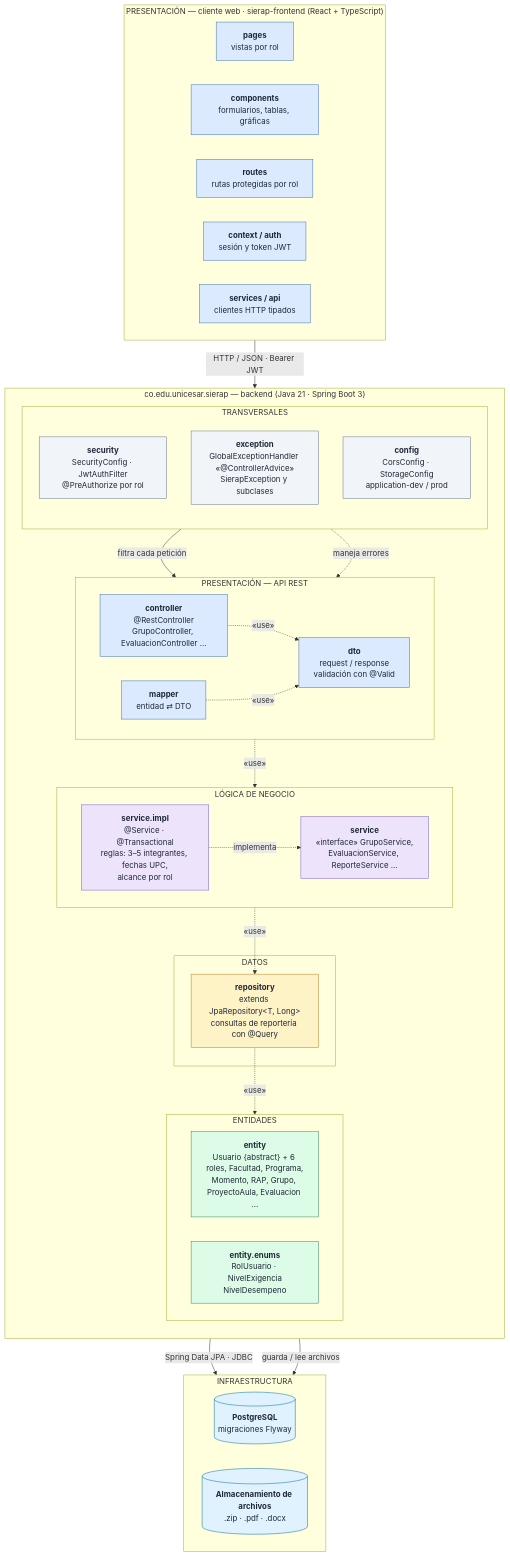
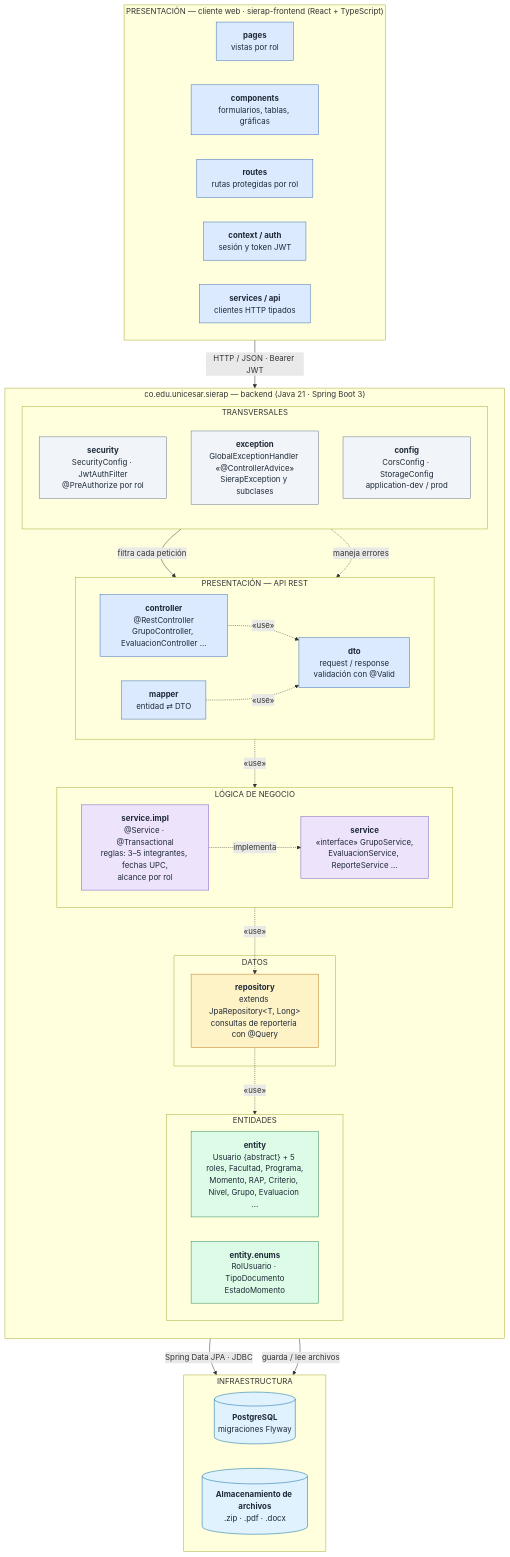
Before and after one commit to Oskarsito7/SIERAP: the diagram in docs/diagramas/diagrama_capas.md, drawn with Mermaid. The commit also changed 11 other files, not shown here.

````diff
--- a/docs/diagramas/diagrama_capas.md
+++ b/docs/diagramas/diagrama_capas.md
@@ -11,71 +11,71 @@
 ```mermaid
 flowchart TB
   subgraph FE["PRESENTACIÓN — cliente web · sierap-frontend (React + TypeScript)"]
     direction LR
     pages["<b>pages</b><br/>vistas por rol"]
     components["<b>components</b><br/>formularios, tablas, gráficas"]
     routes["<b>routes</b><br/>rutas protegidas por rol"]
     auth["<b>context / auth</b><br/>sesión y token JWT"]
     api["<b>services / api</b><br/>clientes HTTP tipados"]
   end
 
   subgraph BE["co.edu.unicesar.sierap — backend (Java 21 · Spring Boot 3)"]
     direction TB
     subgraph P["PRESENTACIÓN — API REST"]
       direction LR
       controller["<b>controller</b><br/>@RestController<br/>GrupoController, EvaluacionController …"]
       dto["<b>dto</b><br/>request / response<br/>validación con @Valid"]
       mapper["<b>mapper</b><br/>entidad ⇄ DTO"]
     end
     subgraph L["LÓGICA DE NEGOCIO"]
       direction LR
       service["<b>service</b><br/>«interface» GrupoService,<br/>EvaluacionService, ReporteService …"]
       impl["<b>service.impl</b><br/>@Service · @Transactional<br/>reglas: 3–5 integrantes, fechas UPC,<br/>alcance por rol"]
     end
     subgraph DA["DATOS"]
       repository["<b>repository</b><br/>extends JpaRepository&lt;T, Long&gt;<br/>consultas de reportería con @Query"]
     end
     subgraph EN["ENTIDADES"]
       direction LR
-      entity["<b>entity</b><br/>Usuario {abstract} + 6 roles, Facultad, Programa,<br/>Momento, RAP, Grupo, ProyectoAula, Evaluacion …"]
-      enums["<b>entity.enums</b><br/>RolUsuario · NivelExigencia<br/>NivelDesempeno"]
+      entity["<b>entity</b><br/>Usuario {abstract} + 5 roles, Facultad, Programa,<br/>Momento, RAP, Criterio, Nivel, Grupo, Evaluacion …"]
+      enums["<b>entity.enums</b><br/>RolUsuario · TipoDocumento<br/>EstadoMomento"]
     end
     subgraph T["TRANSVERSALES"]
       direction TB
       security["<b>security</b><br/>SecurityConfig · JwtAuthFilter<br/>@PreAuthorize por rol"]
       exception["<b>exception</b><br/>GlobalExceptionHandler «@ControllerAdvice»<br/>SierapException y subclases"]
       config["<b>config</b><br/>CorsConfig · StorageConfig<br/>application-dev / prod"]
     end
   end
 
   subgraph INFRA["INFRAESTRUCTURA"]
     direction LR
     db[("<b>PostgreSQL</b><br/>migraciones Flyway")]
     files[("<b>Almacenamiento de archivos</b><br/>.zip · .pdf · .docx")]
   end
 
   api -- "HTTP / JSON · Bearer JWT" --> controller
   controller -. «use» .-> dto
   mapper -. «use» .-> dto
   controller -. «use» .-> service
   impl -. implementa .-> service
   service -. «use» .-> repository
   repository -. «use» .-> entity
   security -- filtra cada petición --> controller
   exception -. maneja errores .-> controller
   repository -- Spring Data JPA · JDBC --> db
   impl -- guarda / lee archivos --> files
 
   classDef pres fill:#DBEAFE,stroke:#3B6FB6,color:#1F2937
   classDef log fill:#EDE4FB,stroke:#7E57C2,color:#1F2937
   classDef dat fill:#FEF3C7,stroke:#B7791F,color:#1F2937
   classDef ent fill:#DCFCE7,stroke:#2F855A,color:#1F2937
   classDef tr fill:#F1F5F9,stroke:#64748B,color:#1F2937
   classDef inf fill:#E0F2FE,stroke:#0369A1,color:#1F2937
   class pages,components,routes,auth,api,controller,dto,mapper pres
   class service,impl log
   class repository dat
   class entity,enums ent
   class security,exception,config tr
   class db,files inf
 ```
````
